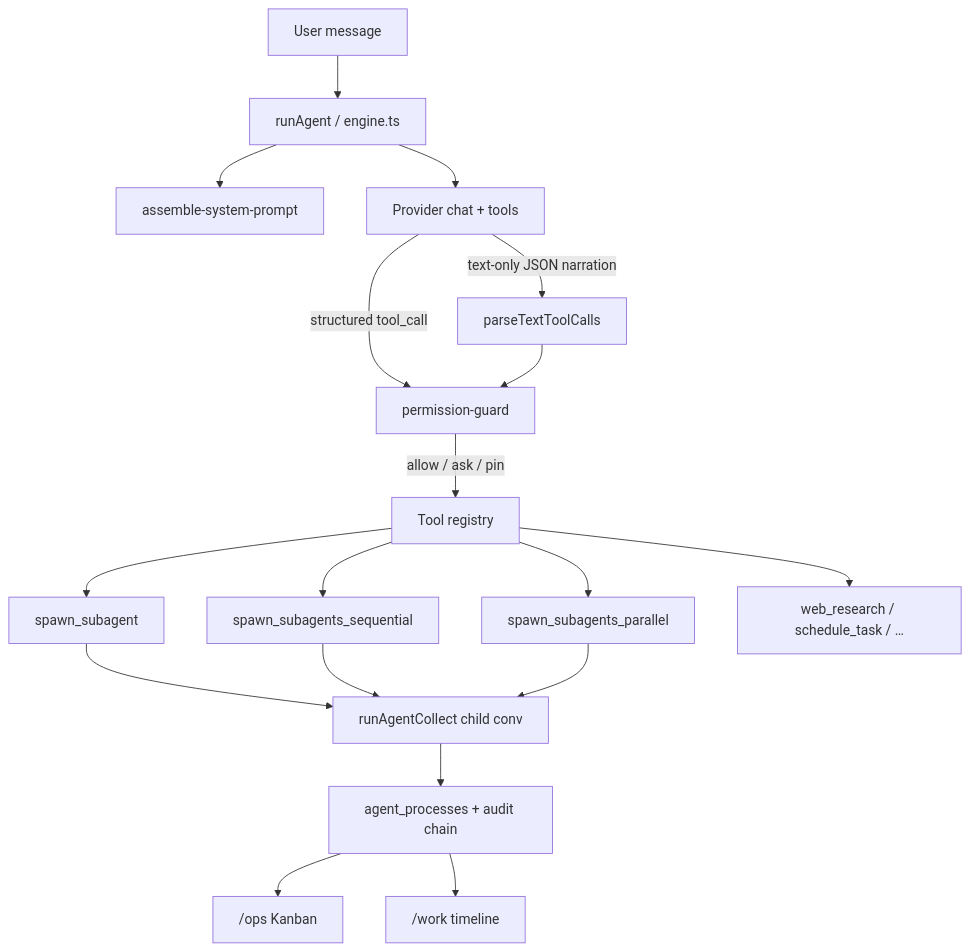
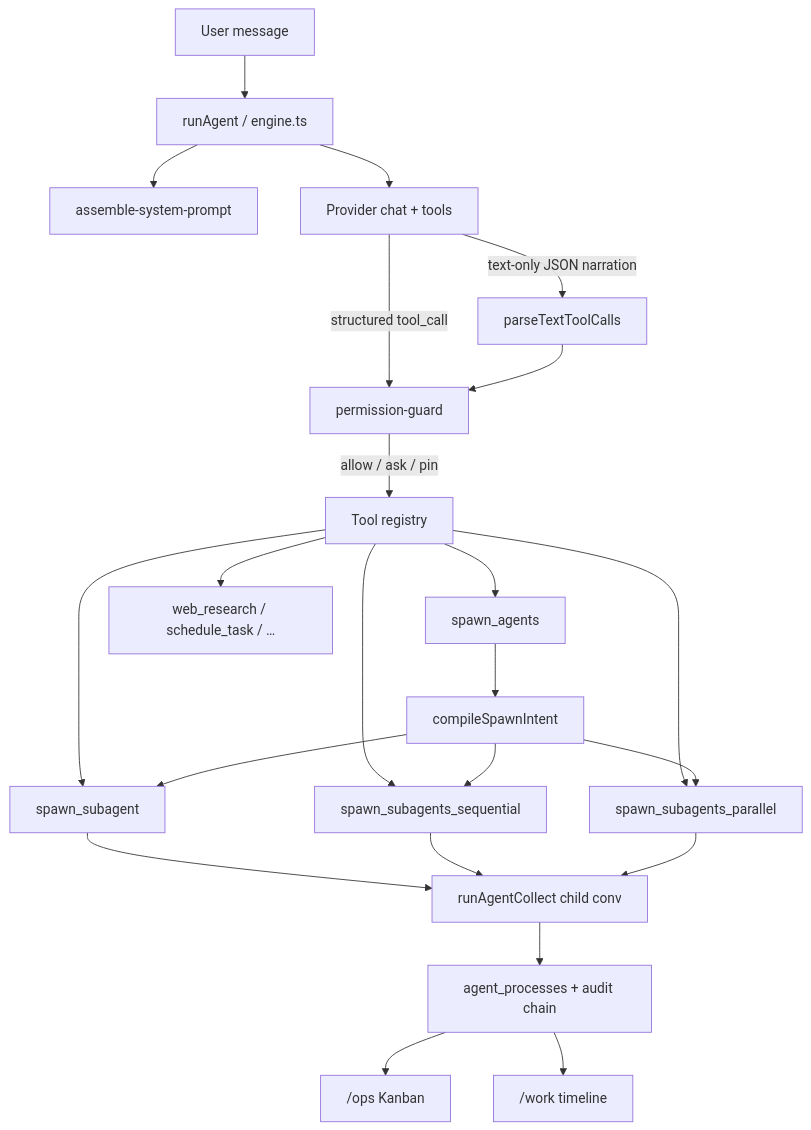
Before and after one commit to TheProductArchitect/localmind: the second of 4 diagrams in docs/architecture.md, drawn with Mermaid. The commit also changed other lines of this file and 21 other files, not shown here.

First line of the commit message:
feat: fleet polish, spawn_agents, placement, idle proposals

````diff
--- a/docs/architecture.md
+++ b/docs/architecture.md
@@ -52,22 +52,27 @@
 ```mermaid
 flowchart TD
   User[User message] --> Engine[runAgent / engine.ts]
   Engine --> Prompt[assemble-system-prompt]
   Engine --> Provider[Provider chat + tools]
   Provider -->|structured tool_call| Guard[permission-guard]
   Provider -->|text-only JSON narration| Recover[parseTextToolCalls]
   Recover --> Guard
   Guard -->|allow / ask / pin| Tools[Tool registry]
 
+  Tools --> Unified[spawn_agents]
   Tools --> Single[spawn_subagent]
   Tools --> Seq[spawn_subagents_sequential]
   Tools --> Par[spawn_subagents_parallel]
   Tools --> Other[web_research / schedule_task / …]
 
+  Unified --> Intent[compileSpawnIntent]
+  Intent --> Single
+  Intent --> Seq
+  Intent --> Par
   Single --> Child[runAgentCollect child conv]
   Seq --> Child
   Par --> Child
   Child --> Audit[agent_processes + audit chain]
   Audit --> OpsUI["/ops Kanban"]
   Audit --> WorkUI["/work timeline"]
 ```
````
